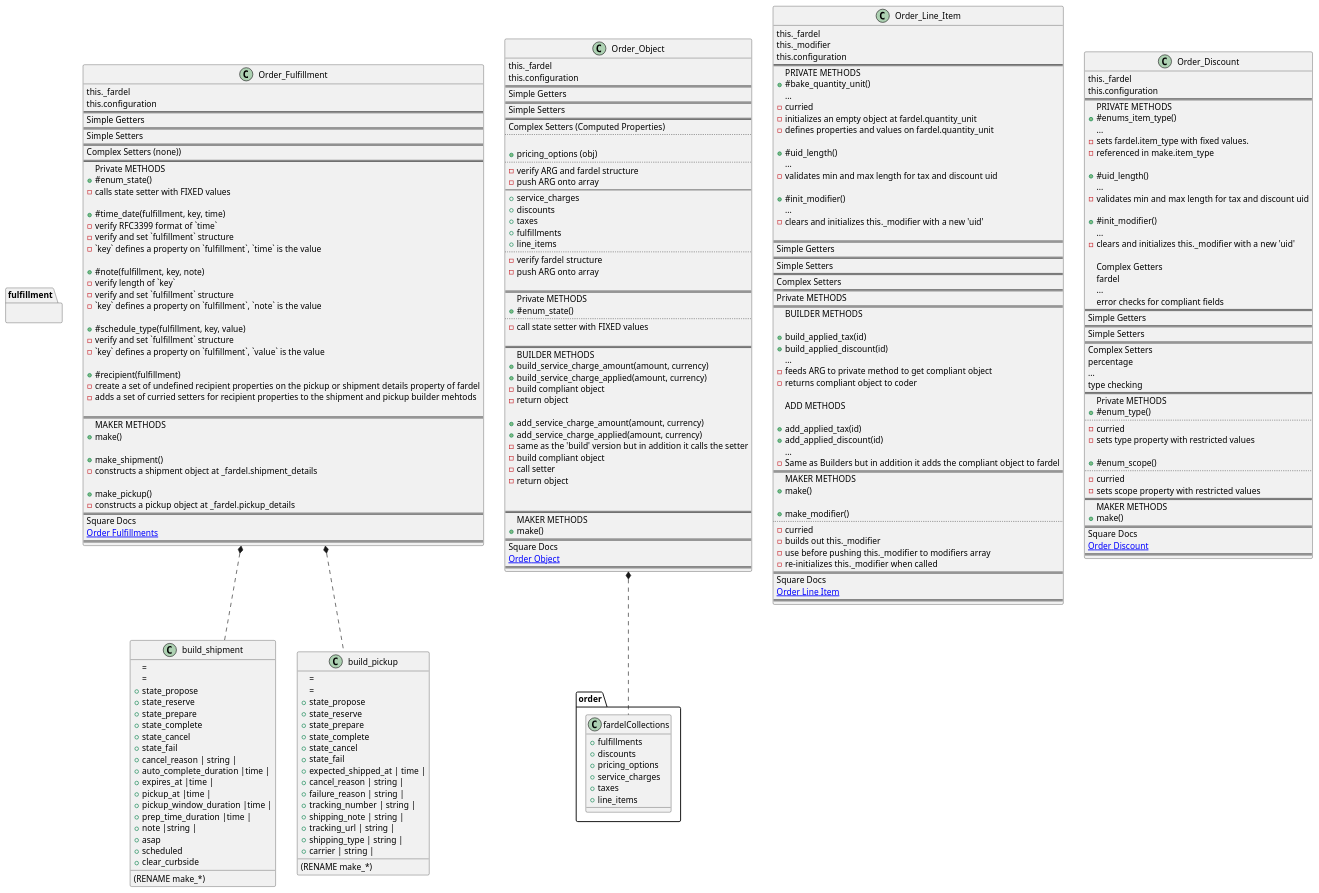
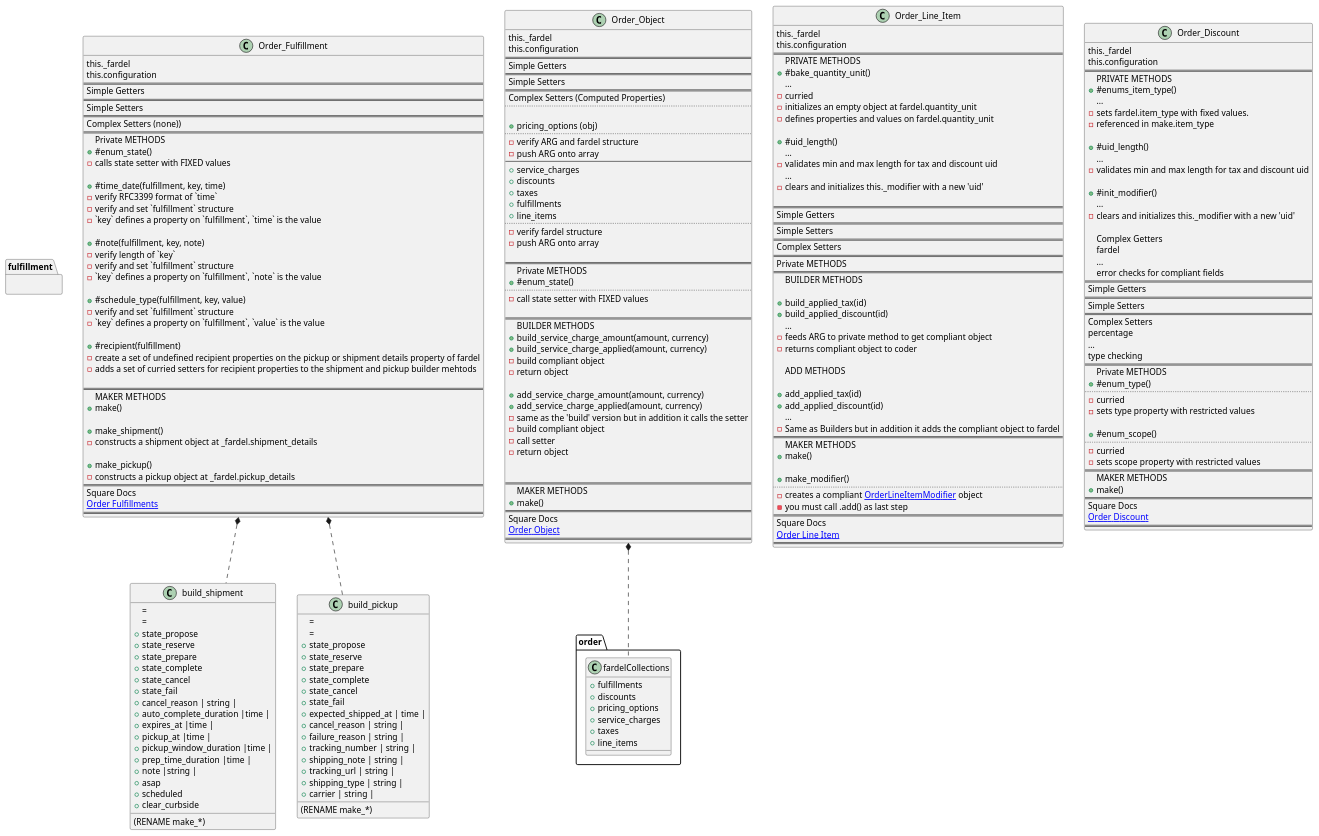
The diagram in docs/uml/pie_order_object.puml (TwoFistedJustice/square-pie), drawn with PlantUML before and after one commit.

Commit message:
docs: update uml for Order_line_Item for new make_modifier()

```diff
--- a/docs/uml/pie_order_object.puml
+++ b/docs/uml/pie_order_object.puml
@@ -125,7 +125,6 @@
 
 class Order_Line_Item {
 this._fardel
-this._modifier
 this.configuration
 ==
 PRIVATE METHODS
@@ -138,8 +137,6 @@
 +#uid_length()
 ...
 - validates min and max length for tax and discount uid
-
-+#init_modifier()
 ...
  - clears and initializes this._modifier with a new 'uid'
 
@@ -172,10 +169,8 @@
 
 +make_modifier()
 ..
-- curried
-- builds out this._modifier
-- use before pushing this._modifier to modifiers array
-- re-initializes this._modifier when called
+- creates a compliant [[https://developer.squareup.com/reference/square/objects/OrderLineItemModifier OrderLineItemModifier]] object
+- you must call .add() as last step
 ==
 Square Docs
 [[https://developer.squareup.com/reference/square/objects/OrderLineItem Order Line Item ]]
```
